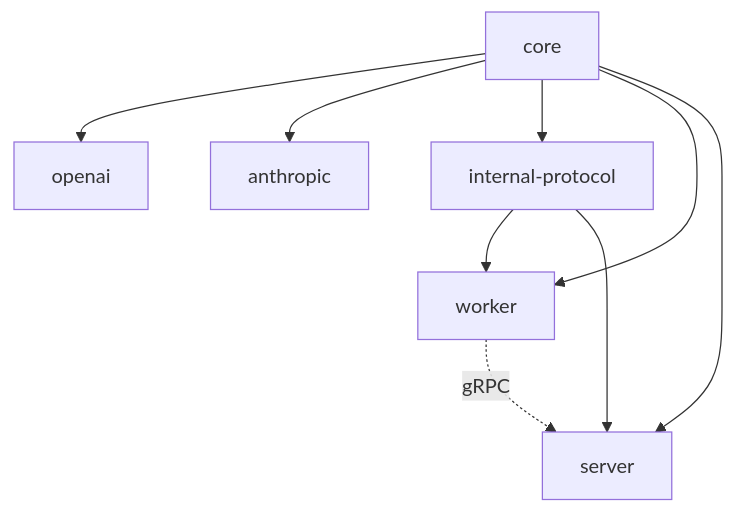
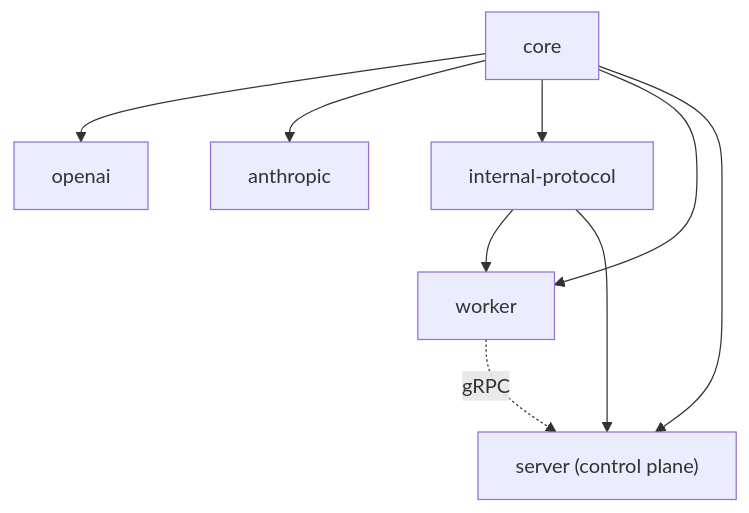
The second of 3 diagrams in specs/architecture.md (everruns/everruns), drawn with Mermaid before and after one commit. The commit also changed other lines of this file and 5 other files, not shown here.

First line of the commit message:
docs: clarify server crate implements control plane

````diff
--- a/specs/architecture.md
+++ b/specs/architecture.md
@@ -87,18 +87,18 @@
 ```mermaid
 graph TD
     core[core]
     openai[openai]
     anthropic[anthropic]
     protocol[internal-protocol]
     worker[worker]
-    cp[server]
+    server["server (control plane)"]
 
     core --> openai
     core --> anthropic
     core --> protocol
     core --> worker
     protocol --> worker
-    protocol --> cp
-    core --> cp
-    worker -.->|gRPC| cp
+    protocol --> server
+    core --> server
+    worker -.->|gRPC| server
 ```
````
